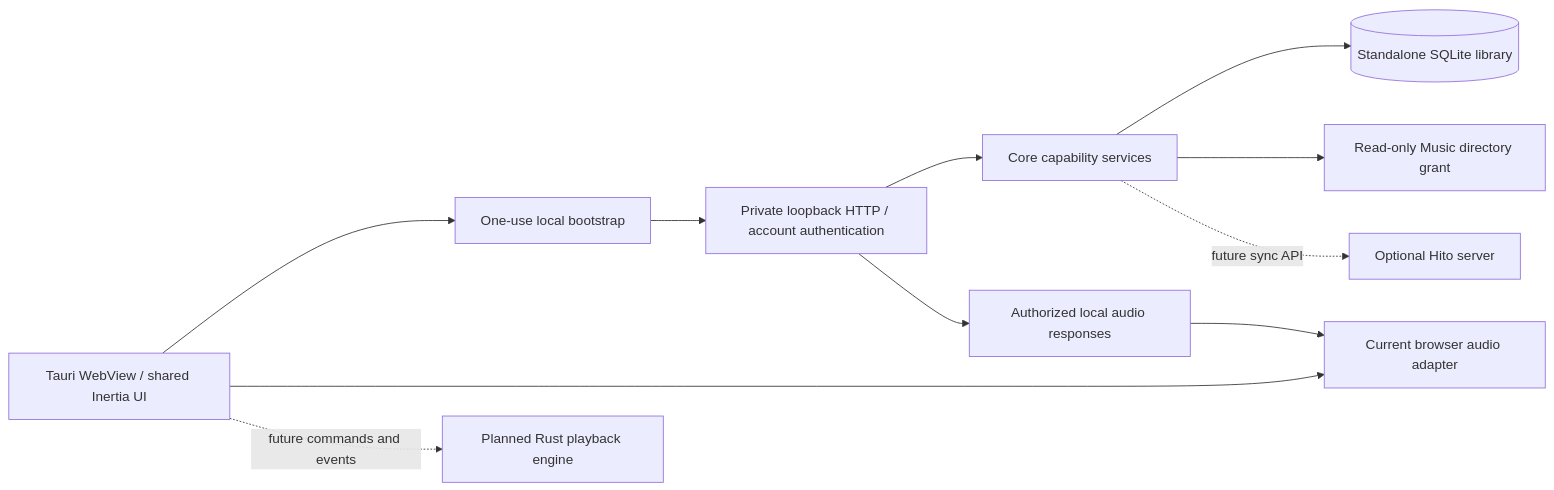
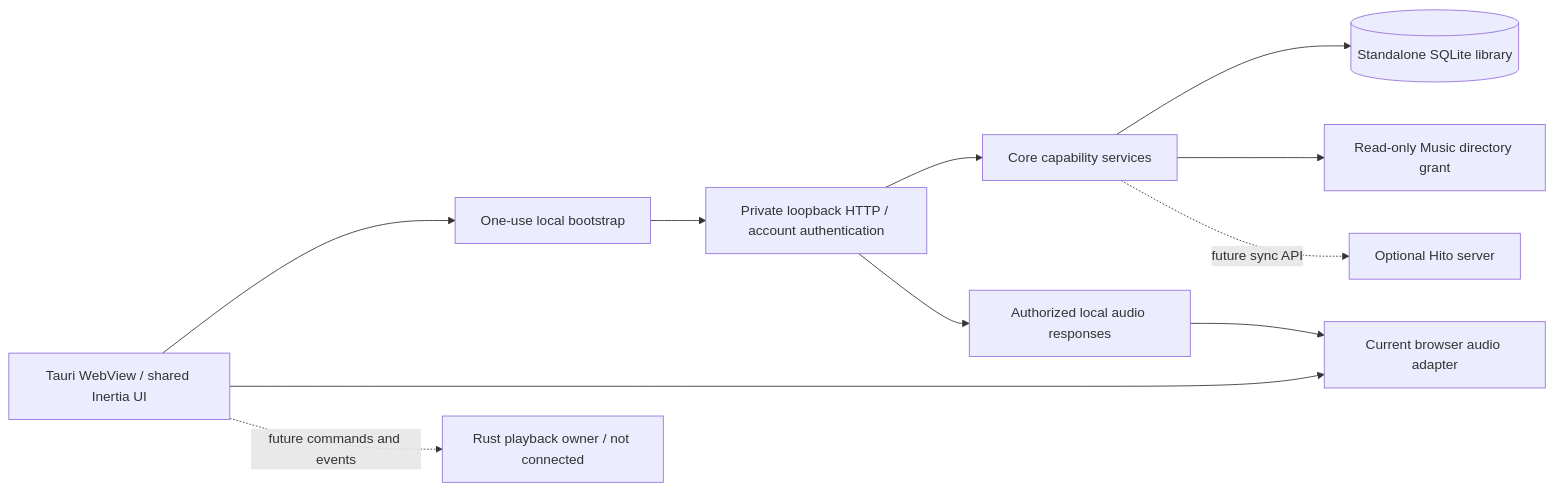
The first of 2 diagrams in docs/desktop.md (acidiney/hitoapp), drawn with Mermaid before and after one commit. The commit also changed other lines of this file and 7 other files, not shown here.

Commit message:
Document authorized native playback ownership and limits

````diff
--- a/docs/desktop.md
+++ b/docs/desktop.md
@@ -5,13 +5,13 @@
 ```mermaid
 flowchart LR
   Window[Tauri WebView / shared Inertia UI] --> Bootstrap[One-use local bootstrap]
   Bootstrap --> HTTP[Private loopback HTTP / account authentication]
   HTTP --> Core[Core capability services]
   Core --> SQLite[(Standalone SQLite library)]
   Core --> Music[Read-only Music directory grant]
   Window --> BrowserAudio[Current browser audio adapter]
   HTTP --> Audio[Authorized local audio responses]
   Audio --> BrowserAudio
-  Window -. future commands and events .-> Native[Planned Rust playback engine]
+  Window -. future commands and events .-> Native[Rust playback owner / not connected]
   Core -. future sync API .-> Remote[Optional Hito server]
 ```
````
